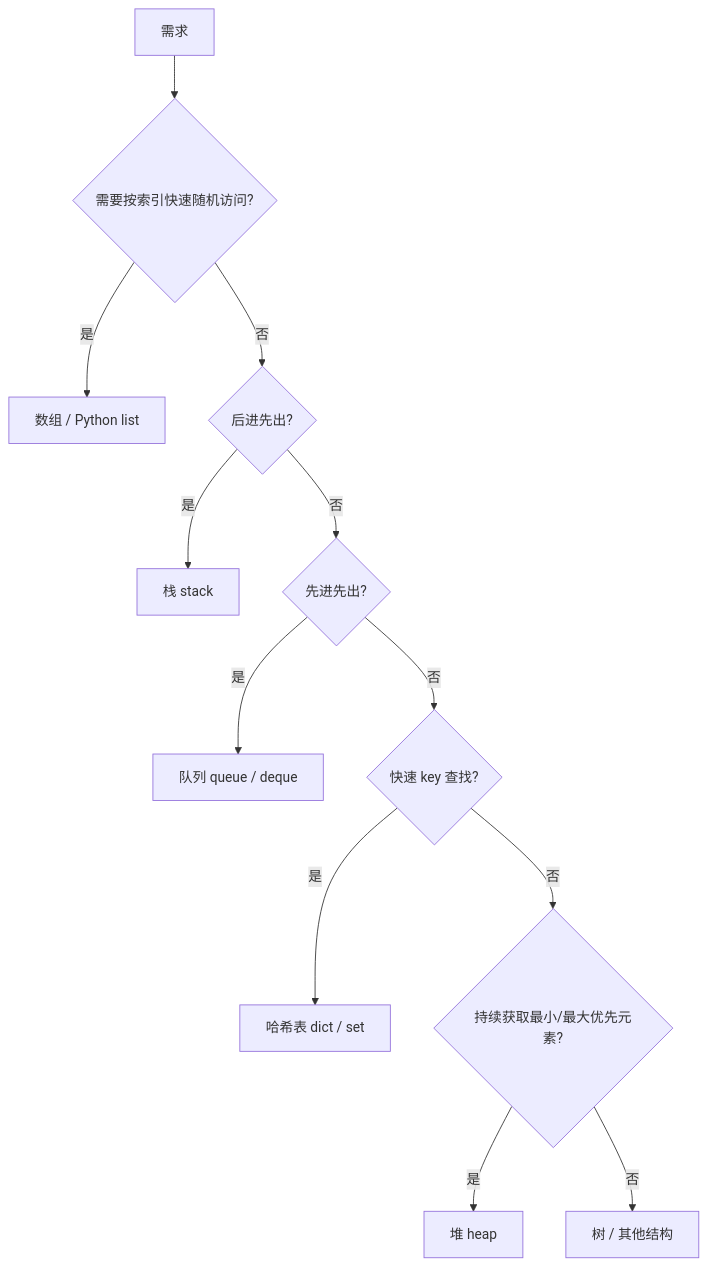
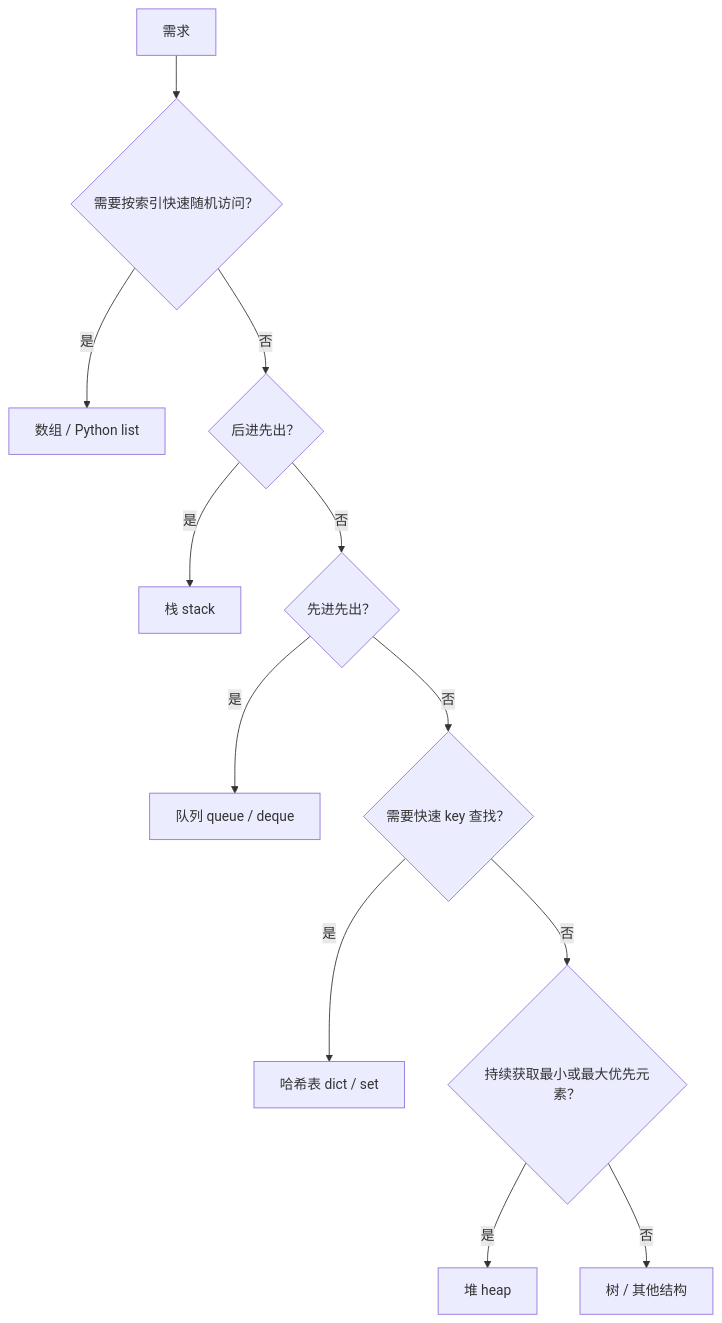
Before and after one commit to studyzhige-ui/python-interview-handbook: the first of 3 diagrams in review/12-常见数据结构与复杂度-图解与自测.md, drawn with Mermaid. The commit also changed other lines of this file and 11 other files, not shown here.

First line of the commit message:
fix: repair Mermaid rendering across review chapters

````diff
--- a/review/12-常见数据结构与复杂度-图解与自测.md
+++ b/review/12-常见数据结构与复杂度-图解与自测.md
@@ -7,14 +7,14 @@
 ```mermaid
 flowchart TD
-    A[需求] --> B{需要按索引快速随机访问?}
-    B -- 是 --> ARR[数组 / Python list]
-    B -- 否 --> C{后进先出?}
-    C -- 是 --> ST[栈 stack]
-    C -- 否 --> D{先进先出?}
-    D -- 是 --> Q[队列 queue / deque]
-    D -- 否 --> E{快速 key 查找?}
-    E -- 是 --> H[哈希表 dict / set]
-    E -- 否 --> F{持续获取最小/最大优先元素?}
-    F -- 是 --> HEAP[堆 heap]
-    F -- 否 --> TREE[树 / 其他结构]
+    A["需求"] --> B{"需要按索引快速随机访问？"}
+    B -->|是| ARR["数组 / Python list"]
+    B -->|否| C{"后进先出？"}
+    C -->|是| ST["栈 stack"]
+    C -->|否| D{"先进先出？"}
+    D -->|是| Q["队列 queue / deque"]
+    D -->|否| E{"需要快速 key 查找？"}
+    E -->|是| H["哈希表 dict / set"]
+    E -->|否| F{"持续获取最小或最大优先元素？"}
+    F -->|是| HEAP["堆 heap"]
+    F -->|否| TREE["树 / 其他结构"]
 ```
````
